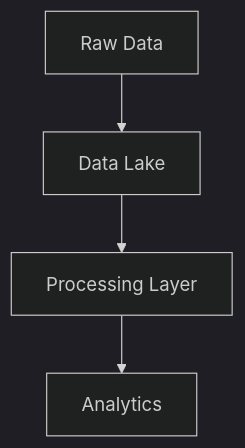
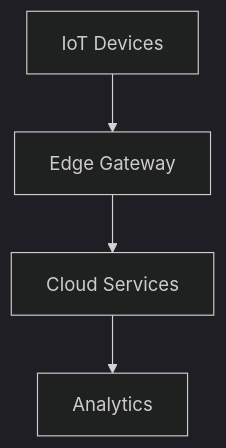
One commit to nogeniuss/arquiteturas-de-software changed diagram 11 of 15 in README.md. Above: the diagram before and after it, drawn with Mermaid (dark theme). The commit also changed other lines of this file, not shown here.

````diff
--- a/README.md
+++ b/README.md
@@ -107,6 +95,6 @@
 ```mermaid
 graph TD
-    A[Raw Data] --> B[Data Lake]
-    B --> C[Processing Layer]
+    A[IoT Devices] --> B[Edge Gateway]
+    B --> C[Cloud Services]
     C --> D[Analytics]
 ```
````
